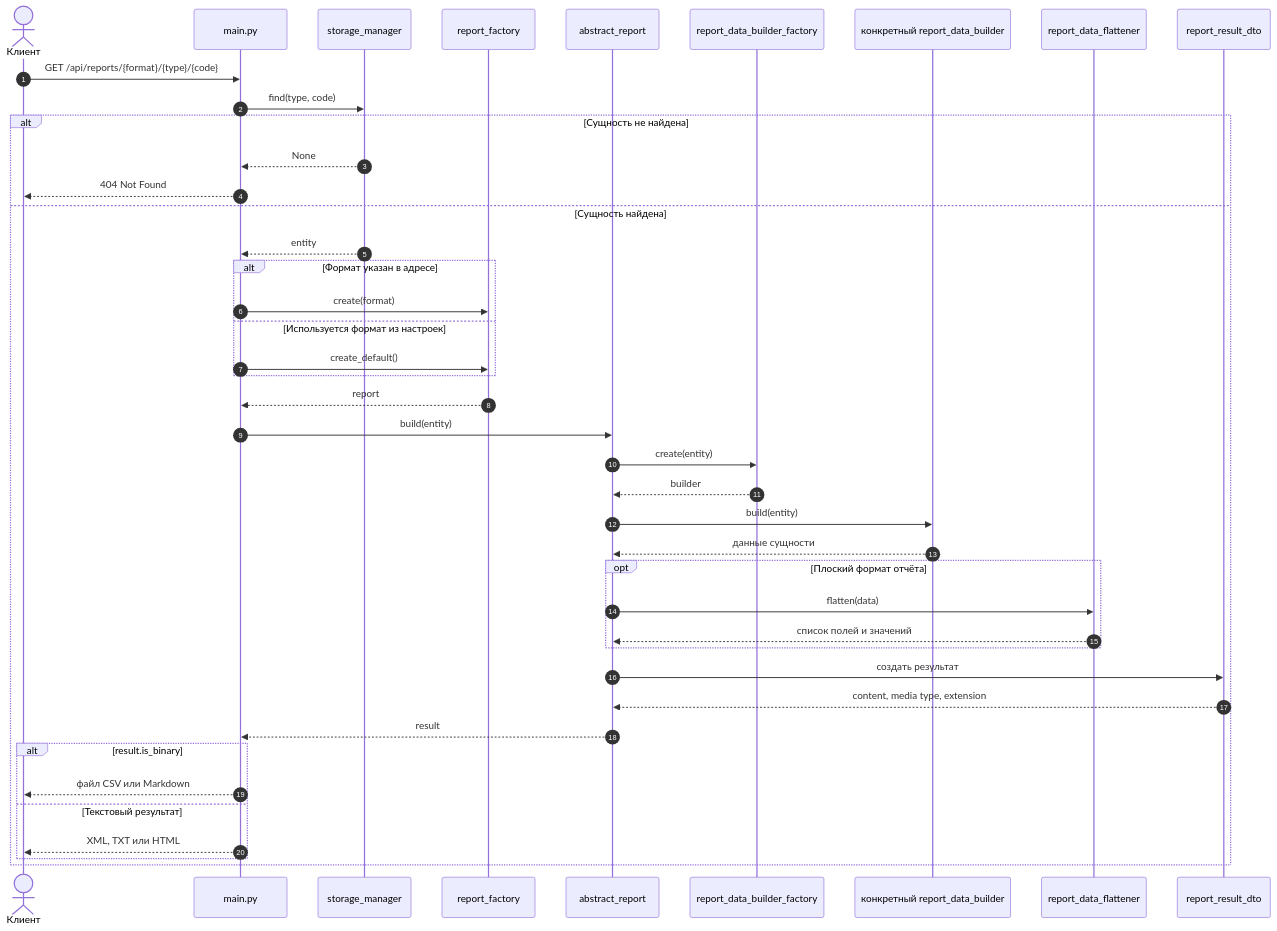
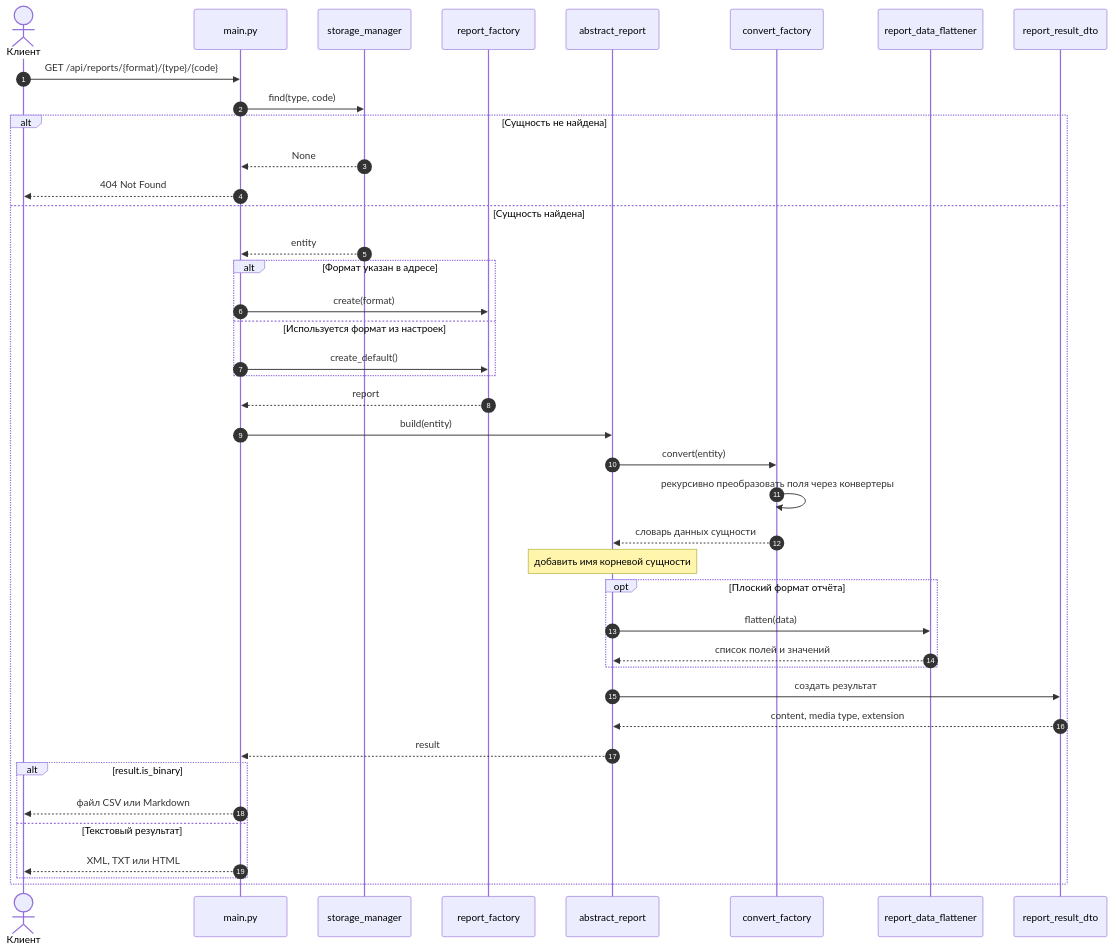
The second of 2 diagrams in Docs/UML/Reports.md (NikShep21/patterns2026), drawn with Mermaid before and after one commit. The commit also changed other lines of this file, not shown here.

Commit message:
update report uml to use conversion factory

````diff
--- a/Docs/UML/Reports.md
+++ b/Docs/UML/Reports.md
@@ -149,49 +154,48 @@
 ```mermaid
 sequenceDiagram
     autonumber
     actor Client as Клиент
     participant API as main.py
     participant Storage as storage_manager
     participant Factory as report_factory
     participant Report as abstract_report
-    participant BuilderFactory as report_data_builder_factory
-    participant Builder as конкретный report_data_builder
+    participant ConvertFactory as convert_factory
     participant Flattener as report_data_flattener
     participant Result as report_result_dto
 
     Client->>API: GET /api/reports/{format}/{type}/{code}
     API->>Storage: find(type, code)
 
     alt Сущность не найдена
         Storage-->>API: None
         API-->>Client: 404 Not Found
     else Сущность найдена
         Storage-->>API: entity
 
         alt Формат указан в адресе
             API->>Factory: create(format)
         else Используется формат из настроек
             API->>Factory: create_default()
         end
 
         Factory-->>API: report
         API->>Report: build(entity)
-        Report->>BuilderFactory: create(entity)
-        BuilderFactory-->>Report: builder
-        Report->>Builder: build(entity)
-        Builder-->>Report: данные сущности
+        Report->>ConvertFactory: convert(entity)
+        ConvertFactory->>ConvertFactory: рекурсивно преобразовать поля через конвертеры
+        ConvertFactory-->>Report: словарь данных сущности
+        Note over Report: добавить имя корневой сущности
         opt Плоский формат отчёта
             Report->>Flattener: flatten(data)
             Flattener-->>Report: список полей и значений
         end
         Report->>Result: создать результат
         Result-->>Report: content, media type, extension
         Report-->>API: result
 
         alt result.is_binary
             API-->>Client: файл CSV или Markdown
         else Текстовый результат
             API-->>Client: XML, TXT или HTML
         end
     end
 ```
````
